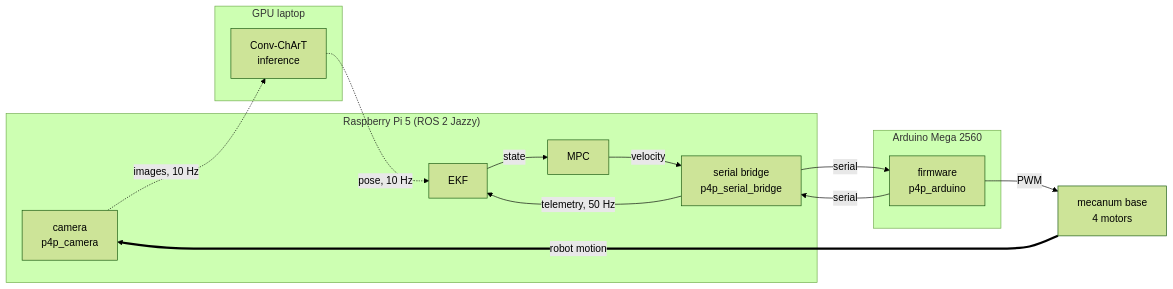
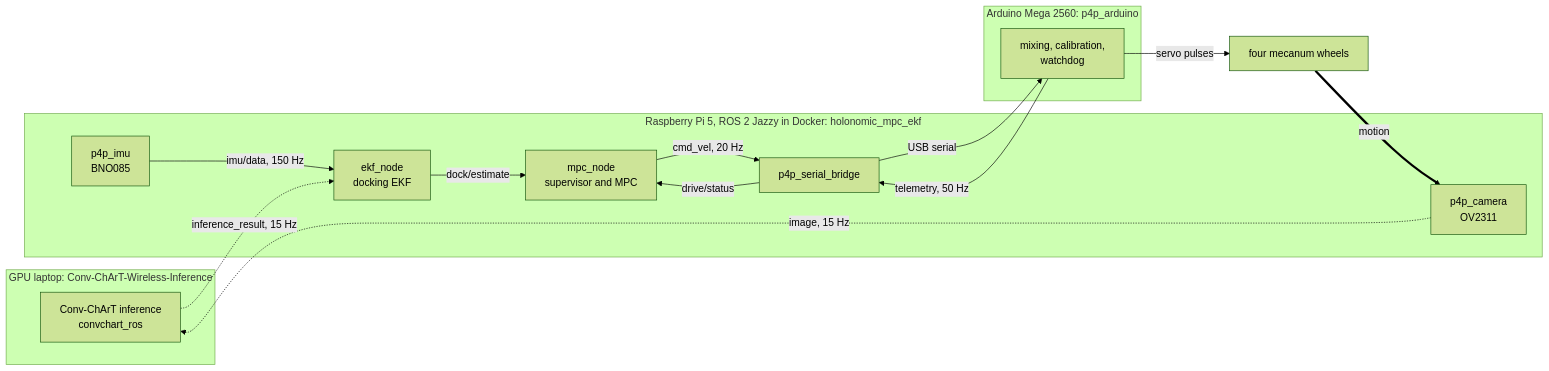
One commit to adamwright103/autonomous-barrier-docking changed the diagram in README.md. Above: the diagram before and after it, drawn with Mermaid (forest theme). The commit also changed other lines of this file and 10 other files, not shown here.

````diff
--- a/README.md
+++ b/README.md
@@ -37,29 +119,31 @@
 ```mermaid
 flowchart LR
-    subgraph PI["Raspberry Pi 5 (ROS 2 Jazzy)"]
-        CAM["camera<br/>p4p_camera"]
-        EKF["EKF"]
-        MPC["MPC"]
-        SB["serial bridge<br/>p4p_serial_bridge"]
+    subgraph LAPTOP["GPU laptop: Conv-ChArT-Wireless-Inference"]
+        INF["Conv-ChArT inference<br/>convchart_ros"]
     end
 
-    subgraph LAPTOP["GPU laptop"]
-        CC["Conv-ChArT<br/>inference"]
+    subgraph PI["Raspberry Pi 5, ROS 2 Jazzy in Docker: holonomic_mpc_ekf"]
+        CAM["p4p_camera<br/>OV2311"]
+        IMU["p4p_imu<br/>BNO085"]
+        EKF["ekf_node<br/>docking EKF"]
+        MPC["mpc_node<br/>supervisor and MPC"]
+        SB["p4p_serial_bridge"]
     end
 
-    subgraph MEGA["Arduino Mega 2560"]
-        FW["firmware<br/>p4p_arduino"]
+    subgraph MEGA["Arduino Mega 2560: p4p_arduino"]
+        FW["mixing, calibration,<br/>watchdog"]
     end
 
-    BASE["mecanum base<br/>4 motors"]
+    BASE["four mecanum wheels"]
 
-    CAM -.->|"images, 10 Hz"| CC
-    CC  -.->|"pose, 10 Hz"| EKF
-    EKF -->|"state"| MPC
-    MPC -->|"velocity"| SB
-    SB  -->|"serial"| FW
-    FW  -->|"serial"| SB
-    SB  -->|"telemetry, 50 Hz"| EKF
-    FW  -->|"PWM"| BASE
-    BASE ==>|"robot motion"| CAM
+    CAM -.->|"image, 15 Hz"| INF
+    INF -.->|"inference_result, 15 Hz"| EKF
+    IMU -->|"imu/data, 150 Hz"| EKF
+    EKF -->|"dock/estimate"| MPC
+    MPC -->|"cmd_vel, 20 Hz"| SB
+    SB -->|"USB serial"| FW
+    FW -->|"telemetry, 50 Hz"| SB
+    SB -->|"drive/status"| MPC
+    FW -->|"servo pulses"| BASE
+    BASE ==>|"motion"| CAM
 ```
````
